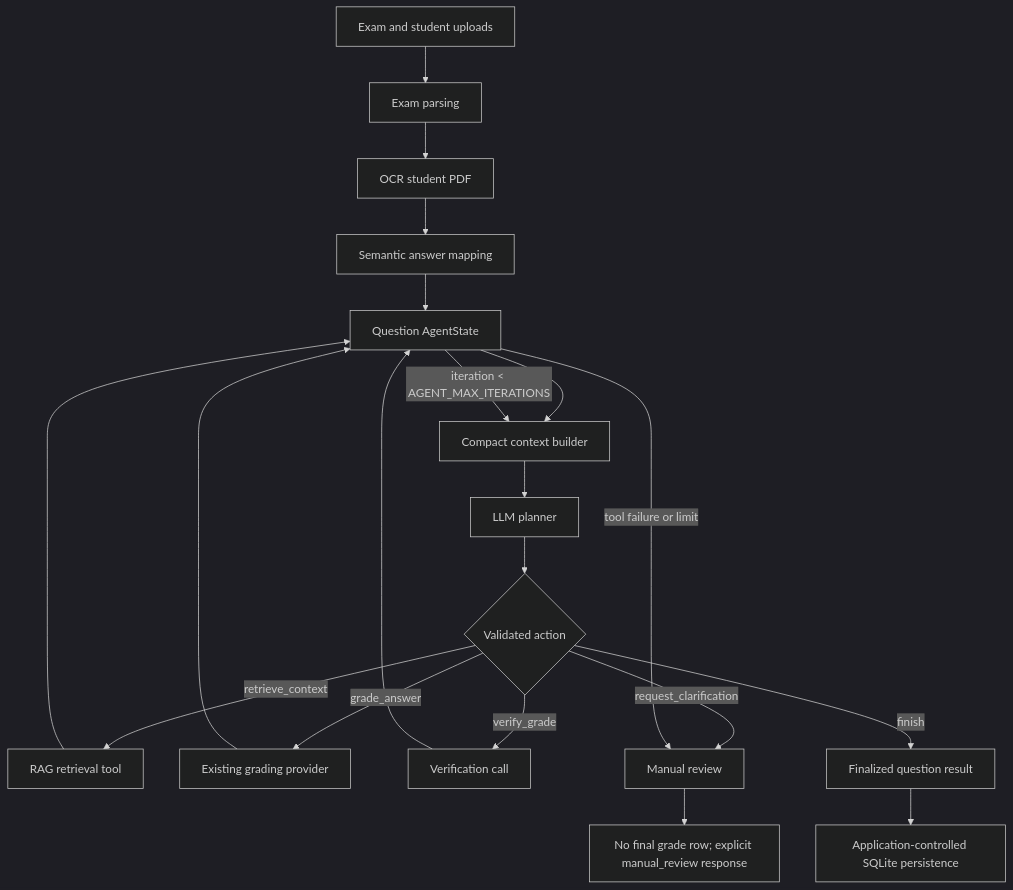
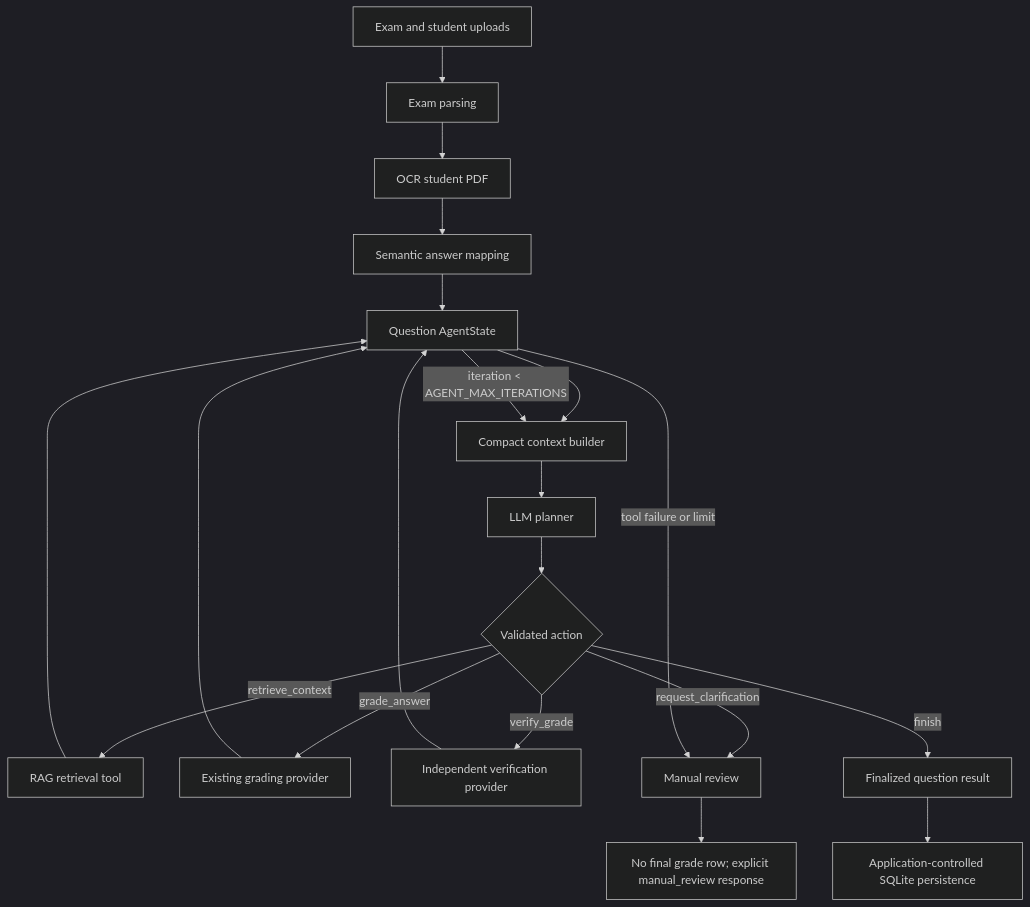
One commit to nilima-sth/Auto-assessment-GradingSystem changed the diagram in docs/architecture.md. Above: the diagram before and after it, drawn with Mermaid (dark theme). The commit also changed 35 other files, not shown here.

````diff
--- a/docs/architecture.md
+++ b/docs/architecture.md
@@ -5,22 +5,22 @@
 ```mermaid
 flowchart TD
     U[Exam and student uploads] --> P[Exam parsing]
     P --> O[OCR student PDF]
     O --> M[Semantic answer mapping]
     M --> A[Question AgentState]
     A --> C[Compact context builder]
     C --> L[LLM planner]
     L --> D{Validated action}
     D -->|retrieve_context| R[RAG retrieval tool]
     D -->|grade_answer| G[Existing grading provider]
-    D -->|verify_grade| V[Verification call]
+    D -->|verify_grade| V[Independent verification provider]
     D -->|request_clarification| H[Manual review]
     D -->|finish| F[Finalized question result]
     R --> A
     G --> A
     V --> A
     A -->|iteration < AGENT_MAX_ITERATIONS| C
     A -->|tool failure or limit| H
     F --> S[Application-controlled SQLite persistence]
     H --> N[No final grade row; explicit manual_review response]
 ```
````
